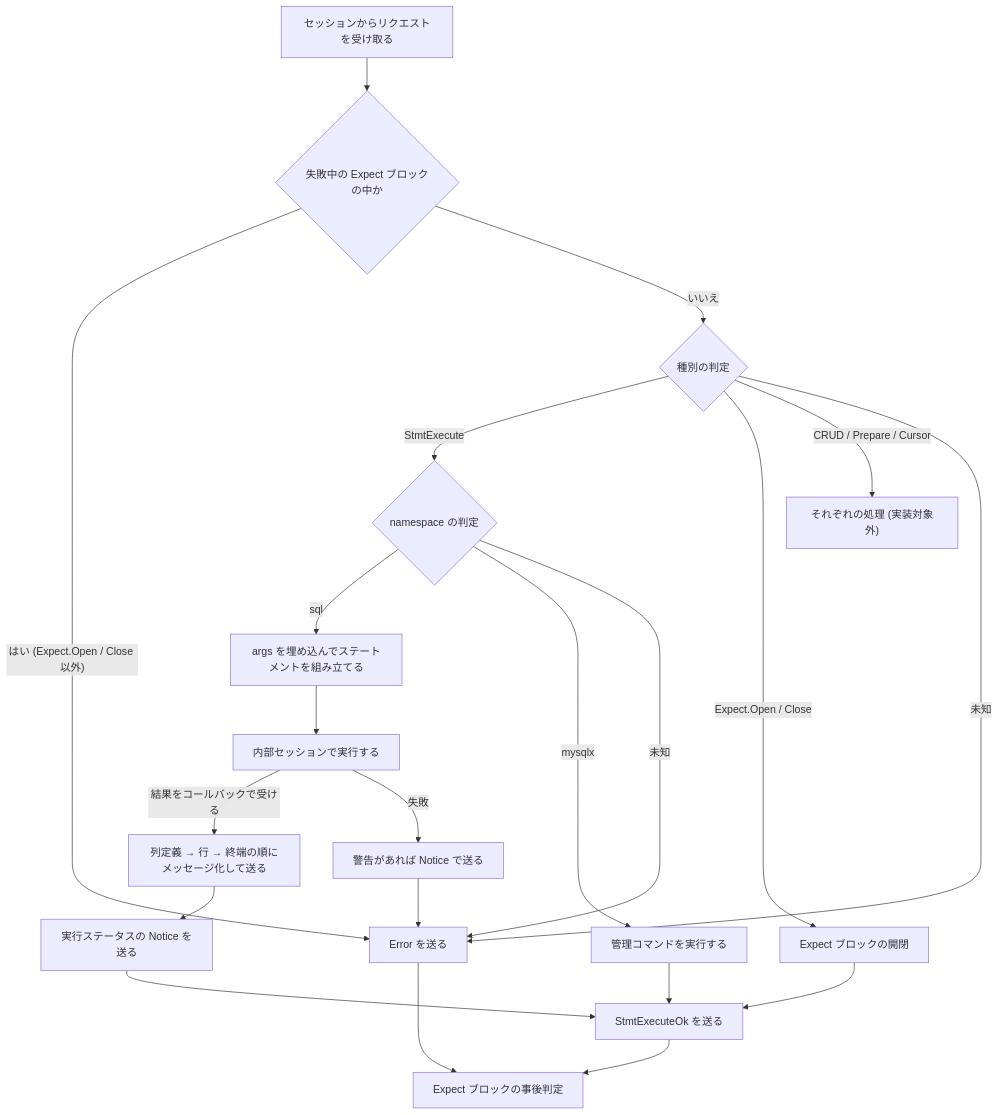
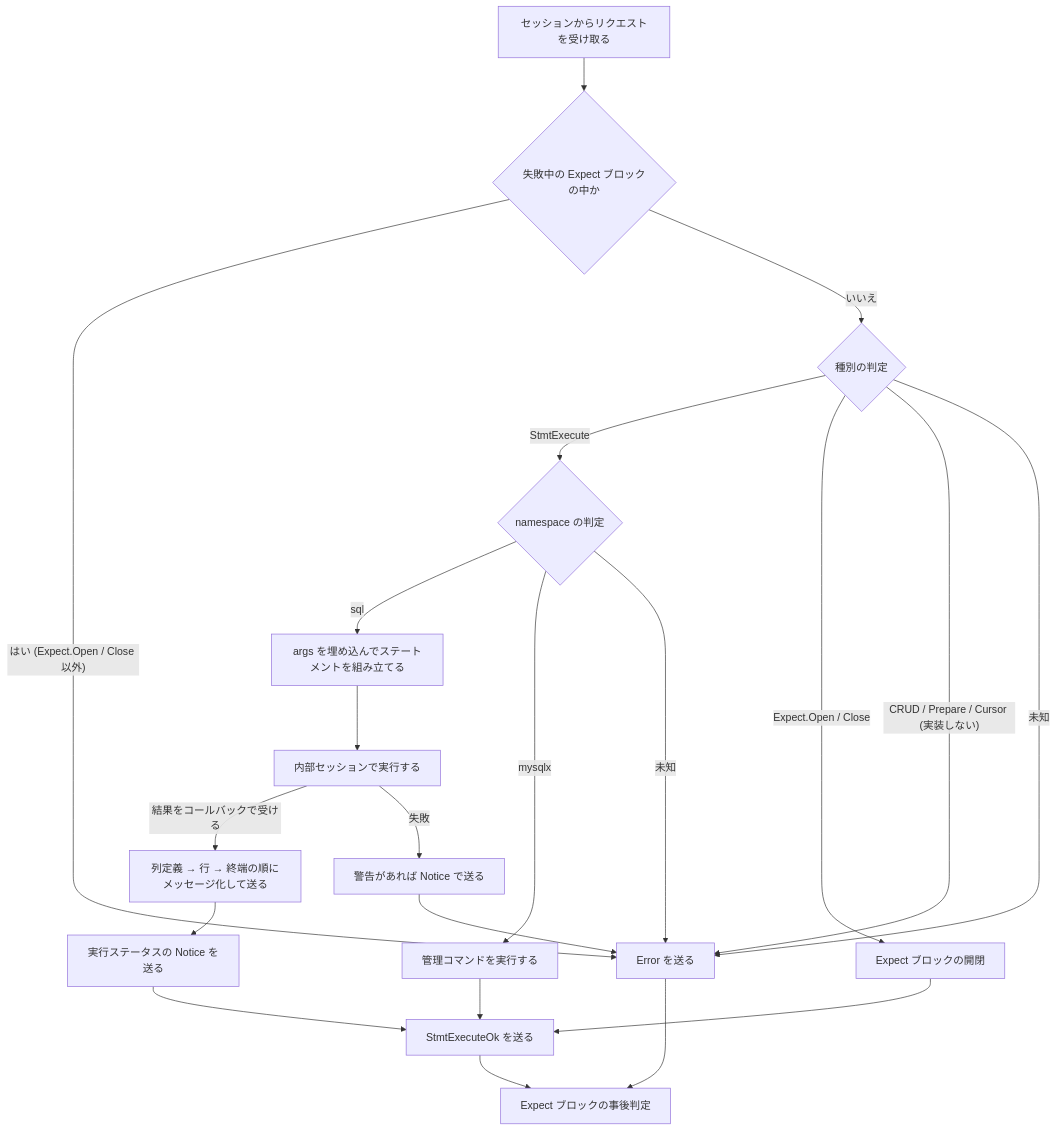
The diagram in docs/specification/dispatcher/command_dispatcher.md (ren-yamanashi/minesql), drawn with Mermaid before and after one commit. The commit also changed other lines of this file and 2 other files, not shown here.

````diff
--- a/docs/specification/dispatcher/command_dispatcher.md
+++ b/docs/specification/dispatcher/command_dispatcher.md
@@ -55,23 +58,23 @@
 ```mermaid
 flowchart TD
     R["セッションからリクエストを受け取る"] --> E1{"失敗中の Expect ブロックの中か"}
     E1 -- "はい (Expect.Open / Close 以外)" --> ERR["Error を送る"]
     E1 -- "いいえ" --> T{"種別の判定"}
     T -- "StmtExecute" --> NS{"namespace の判定"}
     T -- "Expect.Open / Close" --> EX["Expect ブロックの開閉"]
-    T -- "CRUD / Prepare / Cursor" --> OUT["それぞれの処理 (実装対象外)"]
+    T -- "CRUD / Prepare / Cursor (実装しない)" --> ERR
     T -- "未知" --> ERR
     NS -- "sql" --> B["args を埋め込んでステートメントを組み立てる"]
     NS -- "mysqlx" --> ADM["管理コマンドを実行する"]
     NS -- "未知" --> ERR
     B --> X["内部セッションで実行する"]
     X -- "結果をコールバックで受ける" --> S["列定義 → 行 → 終端の順にメッセージ化して送る"]
     S --> N["実行ステータスの Notice を送る"]
     N --> OK["StmtExecuteOk を送る"]
     X -- "失敗" --> W["警告があれば Notice で送る"]
     W --> ERR
     ADM --> OK
     EX --> OK
     OK --> P["Expect ブロックの事後判定"]
     ERR --> P
 ```
````
